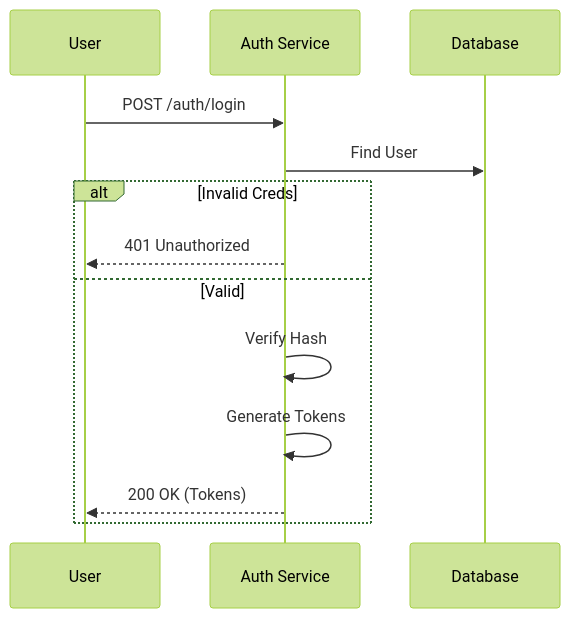
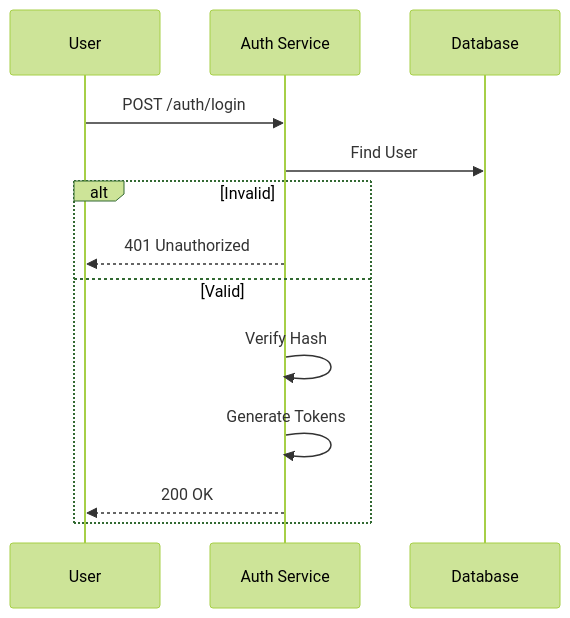
The diagram in .agent/documents/application/modules/iam-security/authentication.md (vheins/vibe-coding-template), drawn with Mermaid (forest theme) before and after one commit. The commit also changed other lines of this file and 6 other files, not shown here.

````diff
--- a/.agent/documents/application/modules/iam-security/authentication.md
+++ b/.agent/documents/application/modules/iam-security/authentication.md
@@ -26,16 +40,16 @@
 ```mermaid
 sequenceDiagram
     participant User
     participant API as Auth Service
     participant DB as Database
 
     User->>API: POST /auth/login
     API->>DB: Find User
-    alt Invalid Creds
+    alt Invalid
         API-->>User: 401 Unauthorized
     else Valid
         API->>API: Verify Hash
         API->>API: Generate Tokens
-        API-->>User: 200 OK (Tokens)
+        API-->>User: 200 OK
     end
 ```
````
